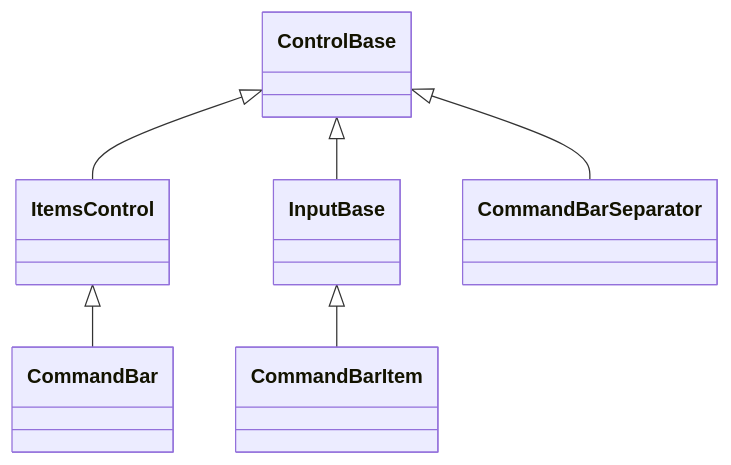
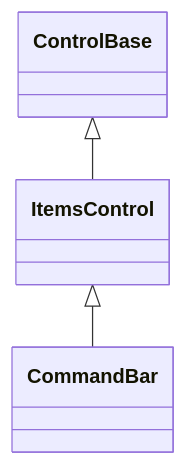
One commit to pavkam/sharp-vision changed the first of 2 diagrams in docs/controls/input/command-bar.md. Above: the diagram before and after it, drawn with Mermaid. The commit also changed other lines of this file and 18 other files, not shown here.

````diff
--- a/docs/controls/input/command-bar.md
+++ b/docs/controls/input/command-bar.md
@@ -25,8 +24,5 @@
 ```mermaid
 classDiagram
     ControlBase <|-- ItemsControl
     ItemsControl <|-- CommandBar
-    ControlBase <|-- InputBase
-    InputBase <|-- CommandBarItem
-    ControlBase <|-- CommandBarSeparator
 ```
````
